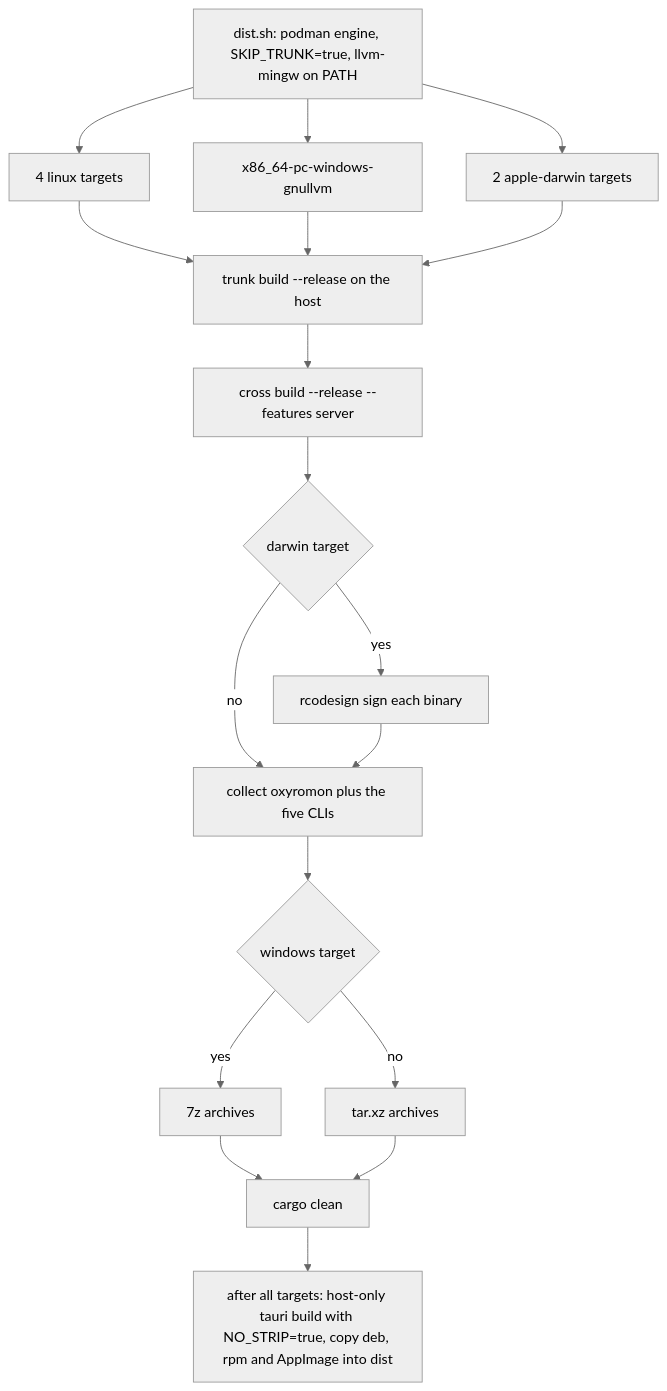
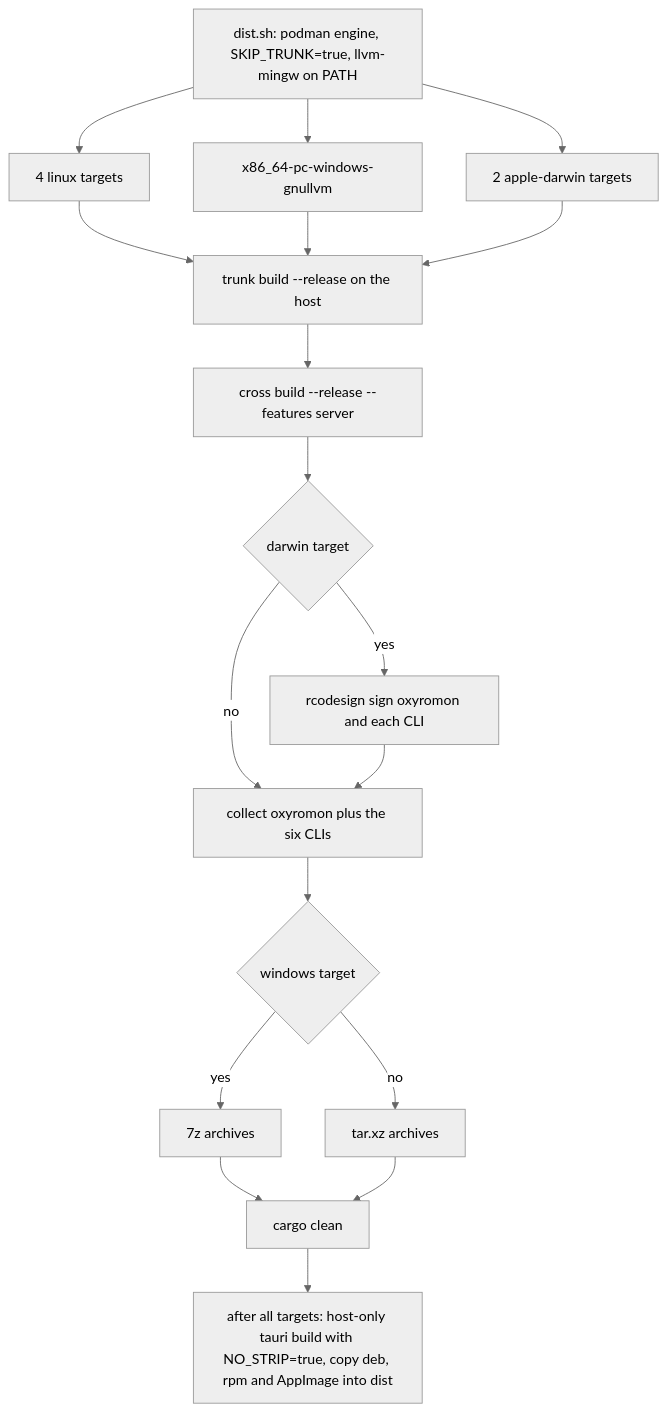
Before and after one commit to alucryd/oxyromon: the first of 2 diagrams in openwiki/operations/build-and-release.md, drawn with Mermaid (neutral theme). The commit also changed other lines of this file and 69 other files, not shown here.

````diff
--- a/openwiki/operations/build-and-release.md
+++ b/openwiki/operations/build-and-release.md
@@ -112,20 +134,20 @@
 ```mermaid
 flowchart TD
   ENV["dist.sh: podman engine, SKIP_TRUNK=true, llvm-mingw on PATH"] --> LIN["4 linux targets"]
   ENV --> WIN["x86_64-pc-windows-gnullvm"]
   ENV --> MAC["2 apple-darwin targets"]
   LIN --> T1["trunk build --release on the host"]
   WIN --> T1
   MAC --> T1
   T1 --> C1["cross build --release --features server"]
   C1 --> ISMAC{"darwin target"}
-  ISMAC -->|"yes"| SIGN["rcodesign sign each binary"]
-  ISMAC -->|"no"| PACK["collect oxyromon plus the five CLIs"]
+  ISMAC -->|"yes"| SIGN["rcodesign sign oxyromon and each CLI"]
+  ISMAC -->|"no"| PACK["collect oxyromon plus the six CLIs"]
   SIGN --> PACK
   PACK --> ISWIN{"windows target"}
   ISWIN -->|"yes"| Z["7z archives"]
   ISWIN -->|"no"| X["tar.xz archives"]
   Z --> CLEAN["cargo clean"]
   X --> CLEAN
   CLEAN --> DESK["after all targets: host-only tauri build with NO_STRIP=true, copy deb, rpm and AppImage into dist"]
 ```
````
